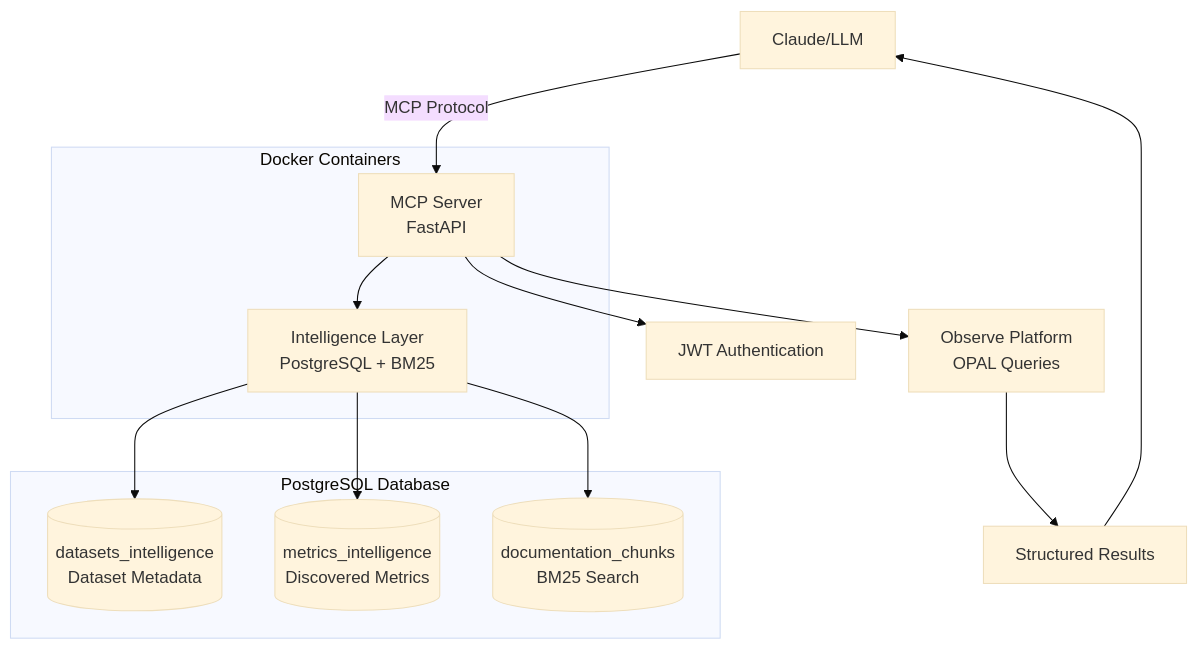
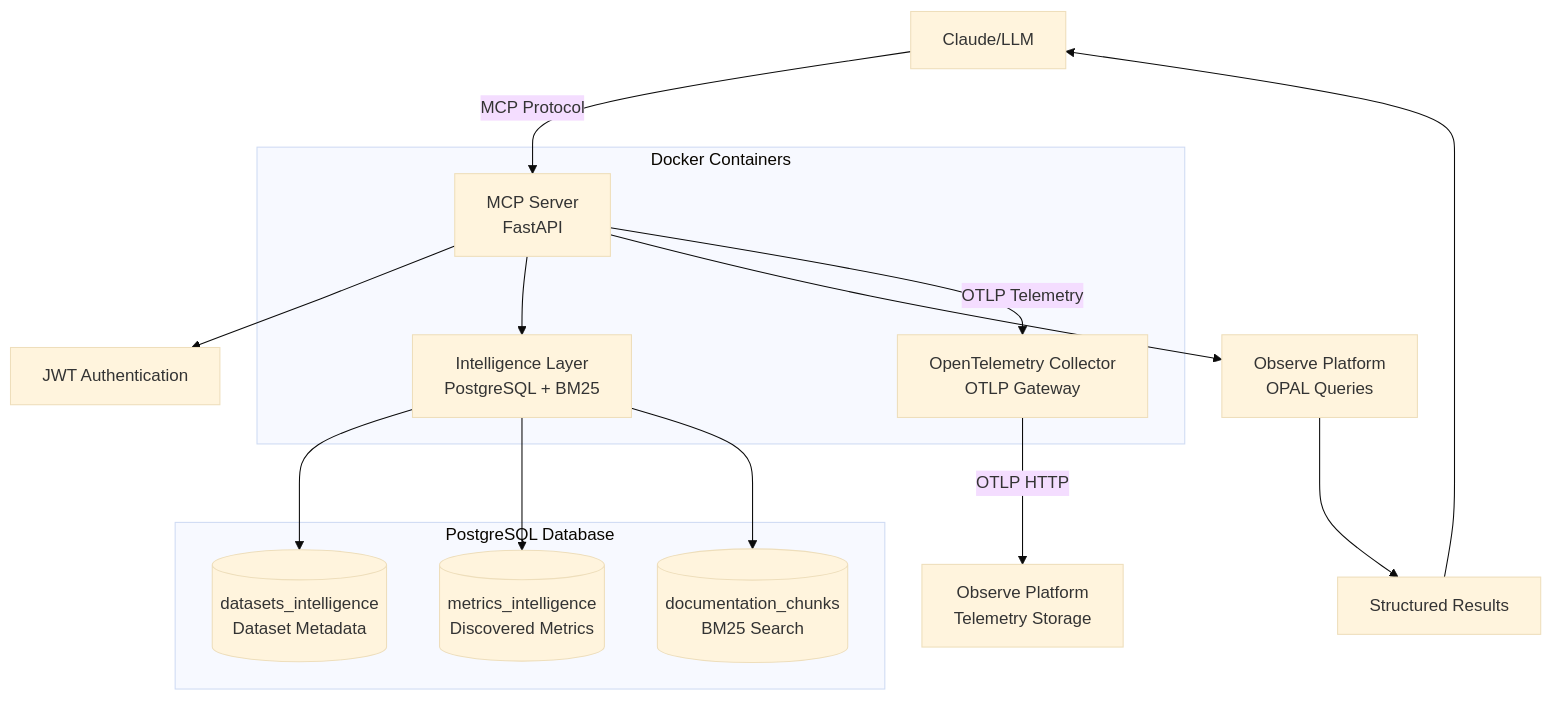
The diagram in README.md (rustomax/observe-community-mcp), drawn with Mermaid (base theme) before and after one commit. The commit also changed other lines of this file and 3 other files, not shown here.

Commit message:
feat: add OpenTelemetry collector container

````diff
--- a/README.md
+++ b/README.md
@@ -140,25 +147,29 @@
 ```mermaid
 graph TB
     Claude[Claude/LLM] -->|MCP Protocol| Server[MCP Server<br/>FastAPI]
     Server --> Auth[JWT Authentication]
     Server --> Discovery[Intelligence Layer<br/>PostgreSQL + BM25]
     Server --> ObserveAPI[Observe Platform<br/>OPAL Queries]
+    Server -->|OTLP Telemetry| Collector[OpenTelemetry Collector<br/>OTLP Gateway]
 
     Discovery --> DatasetDB[(datasets_intelligence<br/>Dataset Metadata)]
     Discovery --> MetricsDB[(metrics_intelligence<br/>Discovered Metrics)]
     Discovery --> DocsDB[(documentation_chunks<br/>BM25 Search)]
 
     ObserveAPI --> Results[Structured Results]
     Results --> Claude
+
+    Collector -->|OTLP HTTP| ObservePlatform[Observe Platform<br/>Telemetry Storage]
 
     subgraph "PostgreSQL Database"
         DatasetDB
         MetricsDB
         DocsDB
     end
 
     subgraph "Docker Containers"
         Server
         Discovery
+        Collector
     end
 ```
````
